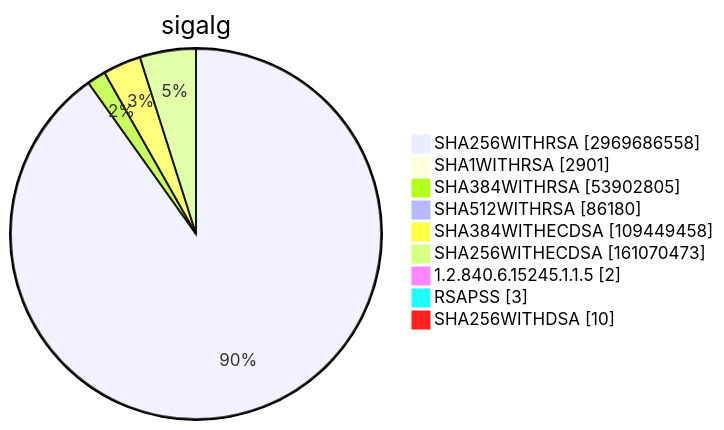
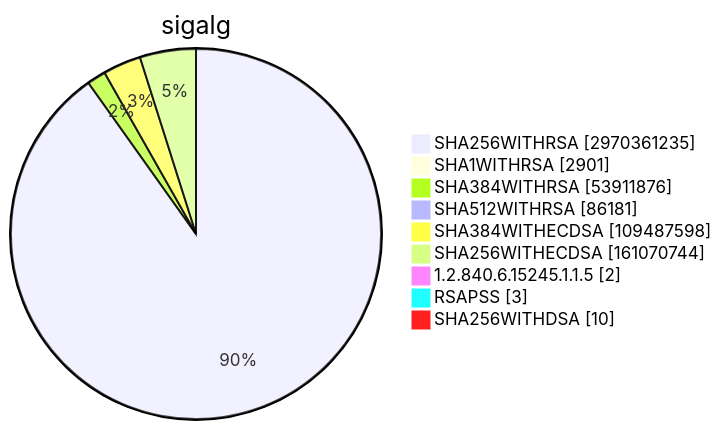
Diagram 15 of 15 in TOTAL/README.md (christiankrug/ctmonitor_visualization), drawn with Mermaid before and after one commit. The commit also changed other lines of this file, not shown here.

````diff
--- a/TOTAL/README.md
+++ b/TOTAL/README.md
@@ -6208,13 +6208,13 @@
 ```mermaid
 pie showData
 title sigalg
-"SHA256WITHRSA" :2969686558
+"SHA256WITHRSA" :2970361235
 "SHA1WITHRSA" :2901
-"SHA384WITHRSA" :53902805
-"SHA512WITHRSA" :86180
-"SHA384WITHECDSA" :109449458
-"SHA256WITHECDSA" :161070473
+"SHA384WITHRSA" :53911876
+"SHA512WITHRSA" :86181
+"SHA384WITHECDSA" :109487598
+"SHA256WITHECDSA" :161070744
 "1.2.840.6.15245.1.1.5" :2
 "RSAPSS" :3
 "SHA256WITHDSA" :10
 ```
````
